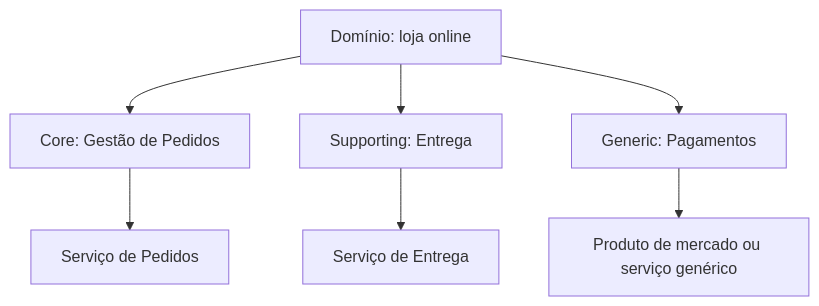
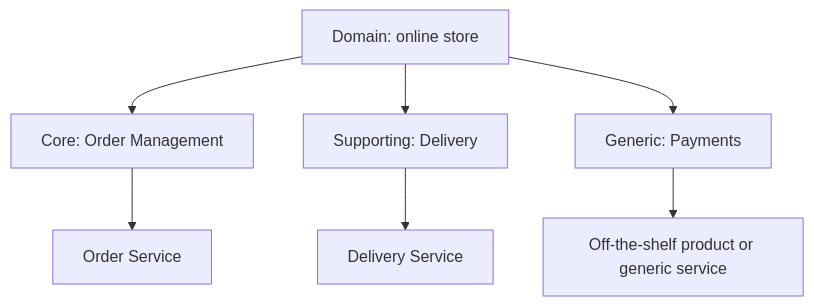
One commit to alancesar/design-patterns changed the diagram in docs/architecture/microservices/service-boundaries/decompose-by-subdomain.md. Above: the diagram before and after it, drawn with Mermaid. The commit also changed 258 other files, not shown here.

First line of the commit message:
Translate Mermaid diagrams to English

````diff
--- a/docs/architecture/microservices/service-boundaries/decompose-by-subdomain.md
+++ b/docs/architecture/microservices/service-boundaries/decompose-by-subdomain.md
@@ -50,9 +50,9 @@
 ```mermaid
 flowchart TB
-    D["Domínio: loja online"] --> CORE["Core: Gestão de Pedidos"]
-    D --> SUP["Supporting: Entrega"]
-    D --> GEN["Generic: Pagamentos"]
-    CORE --> S1["Serviço de Pedidos"]
-    SUP --> S2["Serviço de Entrega"]
-    GEN --> S3["Produto de mercado ou serviço genérico"]
+    D["Domain: online store"] --> CORE["Core: Order Management"]
+    D --> SUP["Supporting: Delivery"]
+    D --> GEN["Generic: Payments"]
+    CORE --> S1["Order Service"]
+    SUP --> S2["Delivery Service"]
+    GEN --> S3["Off-the-shelf product or generic service"]
 ```
````
